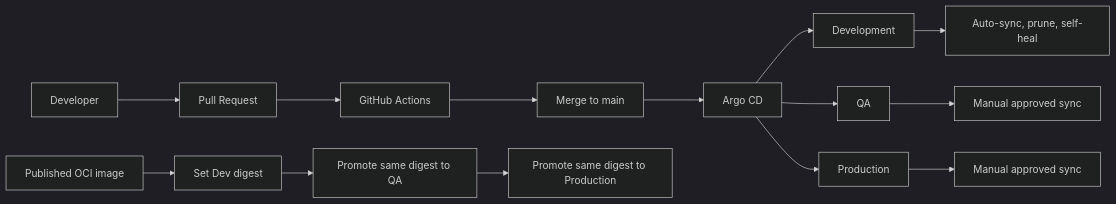
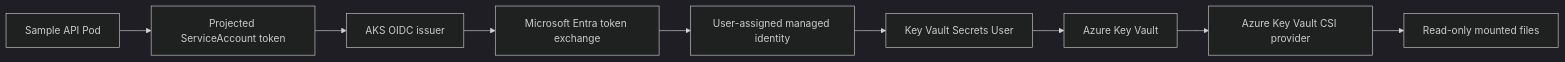
One commit to harshilamin/enterprise-aks-gitops-platform changed the diagram in README.md. Above: the diagram before and after it, drawn with Mermaid (dark theme). The commit also changed other lines of this file and 49 other files, not shown here.

Commit message:
feat: add AKS Workload Identity and Azure Key Vault integration

````diff
--- a/README.md
+++ b/README.md
@@ -50,19 +52,11 @@
 ```mermaid
 flowchart LR
-    Developer --> PR[Pull Request]
-    PR --> CI[GitHub Actions]
-    CI --> Merge[Merge to main]
-    Merge --> Argo[Argo CD]
-
-    Argo --> Dev[Development]
-    Argo --> QA[QA]
-    Argo --> Prod[Production]
-
-    Dev --> DevPolicy[Auto-sync, prune, self-heal]
-    QA --> QAPolicy[Manual approved sync]
-    Prod --> ProdPolicy[Manual approved sync]
-
-    Build[Published OCI image] --> DevDigest[Set Dev digest]
-    DevDigest --> QADigest[Promote same digest to QA]
-    QADigest --> ProdDigest[Promote same digest to Production]
+    Pod[Sample API Pod] --> Token[Projected ServiceAccount token]
+    Token --> OIDC[AKS OIDC issuer]
+    OIDC --> Entra[Microsoft Entra token exchange]
+    Entra --> Identity[User-assigned managed identity]
+    Identity --> RBAC[Key Vault Secrets User]
+    RBAC --> KeyVault[Azure Key Vault]
+    KeyVault --> CSI[Azure Key Vault CSI provider]
+    CSI --> Files[Read-only mounted files]
 ```
````
